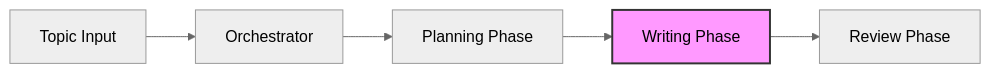
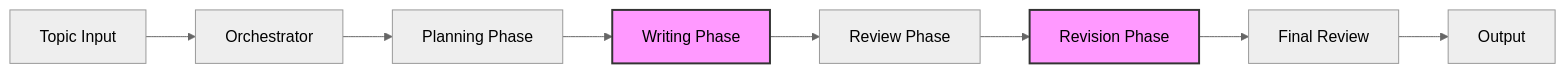
The fourth of 4 diagrams in src/workflows/README.md (mameshini/ai-cookbook), drawn with Mermaid (neutral theme) before and after one commit. The commit also changed other lines of this file, not shown here.

Commit message:
docs: update orchestrator pattern with revision phase and type-safe details

````diff
--- a/src/workflows/README.md
+++ b/src/workflows/README.md
@@ -112,8 +112,12 @@
 ```mermaid
 graph LR
     A[Topic Input] --> B[Orchestrator]
     B --> C[Planning Phase]
     C --> D[Writing Phase]
     D --> E[Review Phase]
+    E --> F[Revision Phase]
+    F --> G[Final Review]
+    G --> H[Output]
     style D fill:#f9f,stroke:#333,stroke-width:2px
+    style F fill:#f9f,stroke:#333,stroke-width:2px
 ```
````
